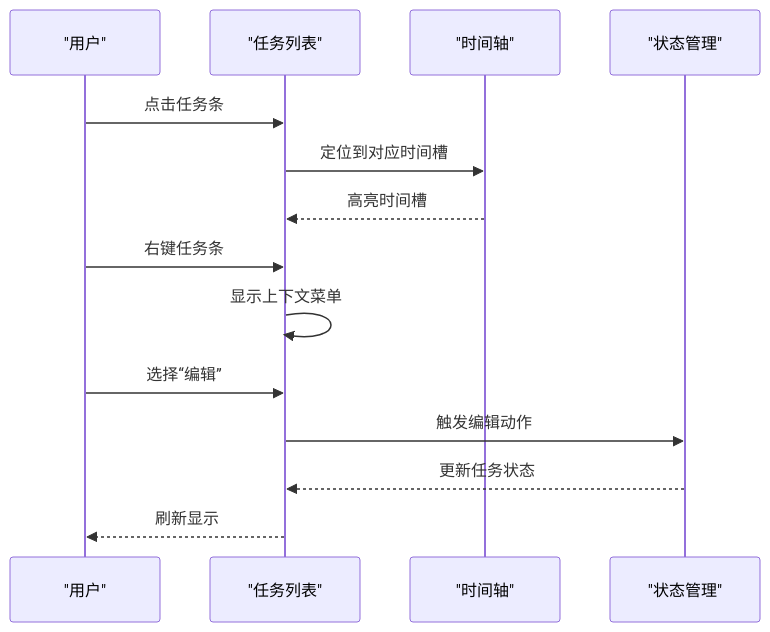
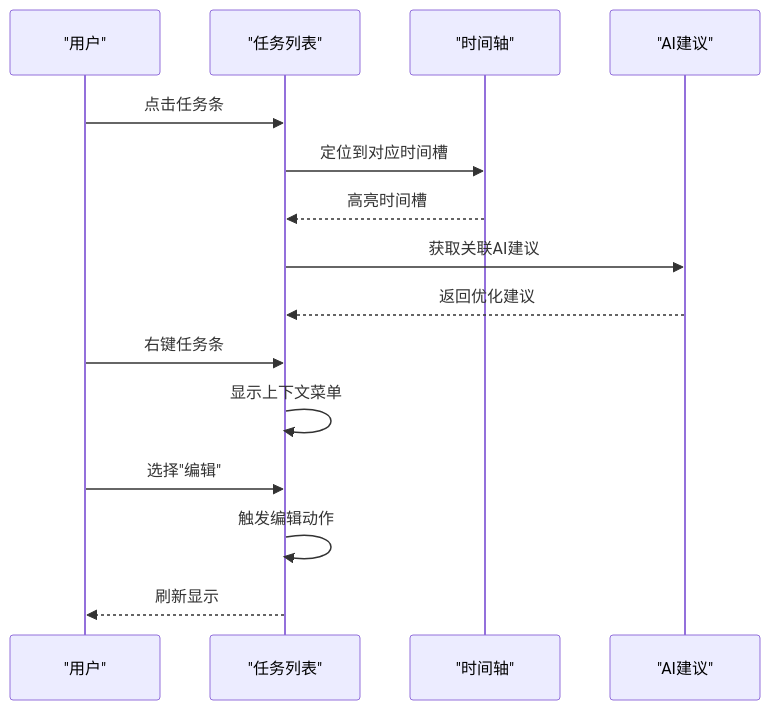
One commit to xianjianshenqu/SalesFlow-CRM changed the fourth of 8 diagrams in .qoder/repowiki/zh/content/核心组件/日程管理组件 (DailySchedule).md. Above: the diagram before and after it, drawn with Mermaid. The commit also changed other lines of this file and 15 other files, not shown here.

````diff
--- a/.qoder/repowiki/zh/content/核心组件/日程管理组件 (DailySchedule).md
+++ b/.qoder/repowiki/zh/content/核心组件/日程管理组件 (DailySchedule).md
@@ -123,16 +146,17 @@
 ```mermaid
 sequenceDiagram
 participant U as "用户"
 participant L as "任务列表"
 participant T as "时间轴"
-participant S as "状态管理"
+participant AI as "AI建议"
 U->>L : 点击任务条
 L->>T : 定位到对应时间槽
 T-->>L : 高亮时间槽
+L->>AI : 获取关联AI建议
+AI-->>L : 返回优化建议
 U->>L : 右键任务条
 L->>L : 显示上下文菜单
-U->>L : 选择“编辑”
-L->>S : 触发编辑动作
-S-->>L : 更新任务状态
+U->>L : 选择"编辑"
+L->>L : 触发编辑动作
 L-->>U : 刷新显示
 ```
````
